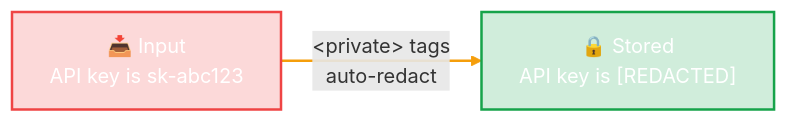
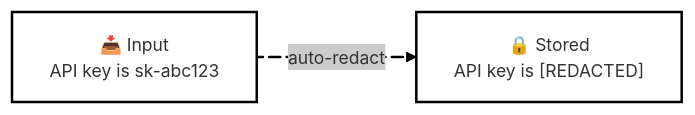
One commit to getigris/igris-memory changed the fifth of 6 diagrams in README.md. Above: the diagram before and after it, drawn with Mermaid. The commit also changed other lines of this file, not shown here.

First line of the commit message:
Enhance README.md with improved mermaid diagrams and configurations

````diff
--- a/README.md
+++ b/README.md
@@ -219,9 +222,11 @@
 ```mermaid
+---
+config:
+  theme: neo
+  look: hand-drawn
+---
 graph LR
-    IN["📥 Input\nAPI key is sk-abc123"] -->|"&lt;private&gt; tags\nauto-redact"| OUT["🔒 Stored\nAPI key is [REDACTED]"]
+    IN["📥 Input\nAPI key is sk-abc123"] L_pr@-->|"auto-redact"| OUT["🔒 Stored\nAPI key is [REDACTED]"]
 
-    style IN fill:#ef444433,stroke:#ef4444,color:#fff,stroke-width:2px
-    style OUT fill:#16a34a33,stroke:#16a34a,color:#fff,stroke-width:2px
-
-    linkStyle 0 stroke:#f59e0b,stroke-width:2px
+    L_pr@{ animation: slow }
 ```
````
